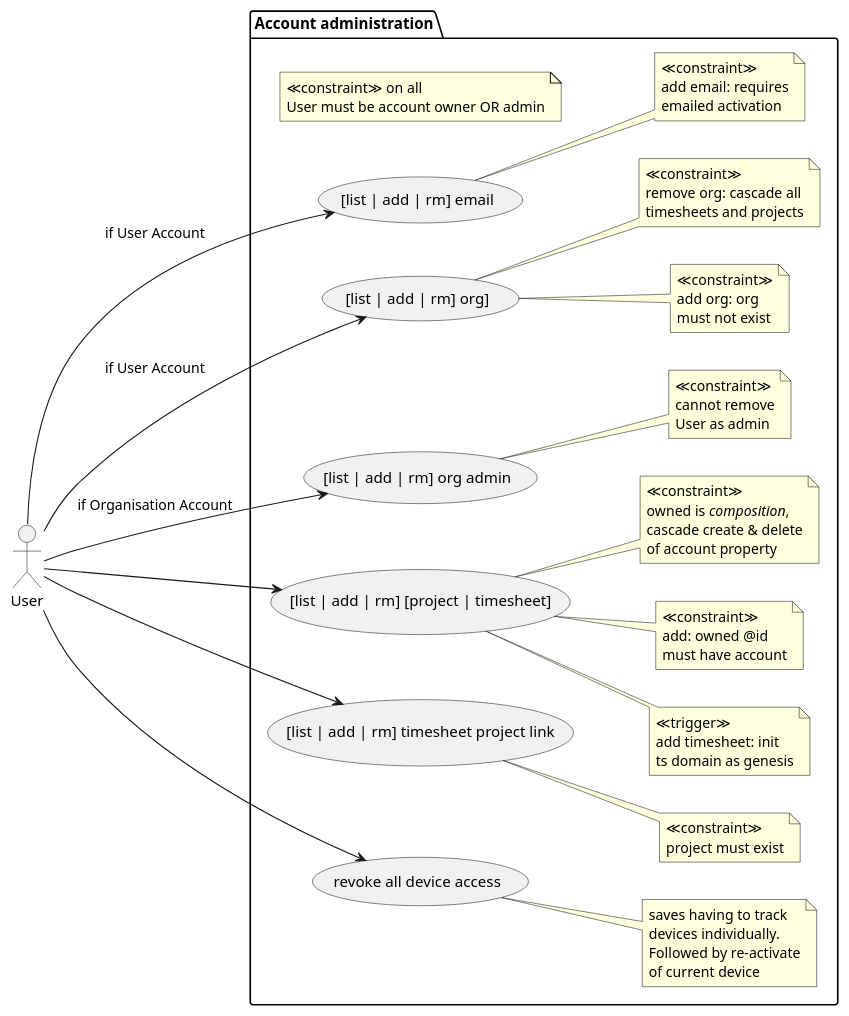
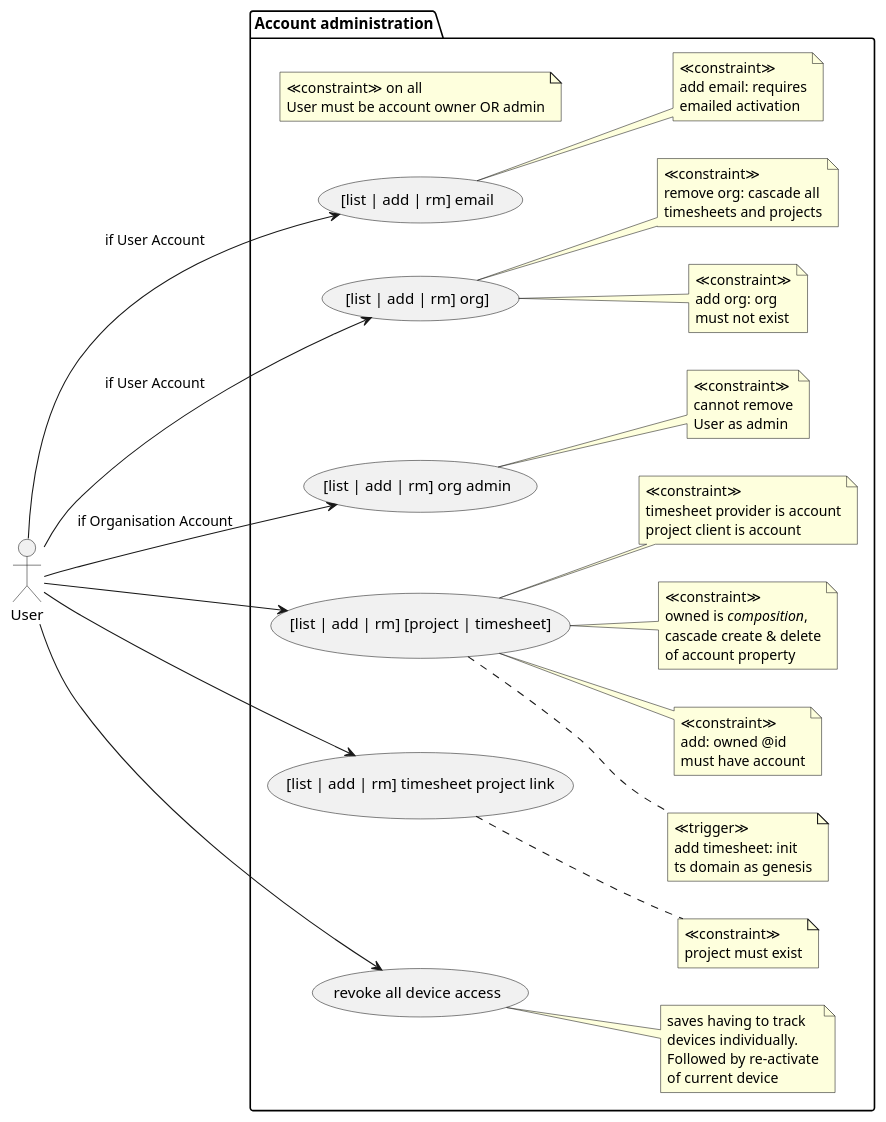
One commit to m-ld/timeld changed the diagram in architecture/use-case/administration.use-case.puml. Above: the diagram before and after it, drawn with PlantUML. The commit also changed 17 other files, not shown here.

```diff
--- a/architecture/use-case/administration.use-case.puml
+++ b/architecture/use-case/administration.use-case.puml
@@ -1,73 +1,78 @@
 @startuml
 'https://plantuml.com/use-case-diagram
 left to right direction
 
 actor User
 package "Account administration" {
   note "≪constraint≫ on all\nUser must be account owner OR admin" as appliesToAll
 
   usecase userAdminEmail as ([list | add | rm] email)
   User --> userAdminEmail: if User Account
   note right of userAdminEmail
     ' TODO
     ≪constraint≫
     add email: requires
     emailed activation
   end note
 
   usecase userAdminOrg as ([list | add | rm] org])
   User --> userAdminOrg: if User Account
   note right of userAdminOrg
     ≪constraint≫
     add org: org
     must not exist
   end note
   note right of userAdminOrg
     ≪constraint≫
     remove org: cascade all
     timesheets and projects
   end note
   usecase orgAdmin as ([list | add | rm] org admin)
   User --> orgAdmin: if Organisation Account
   note right of orgAdmin
     ≪constraint≫
     cannot remove
     User as admin
   end note
 
   usecase ownedAdmin as ([list | add | rm] [project | timesheet])
   User --> ownedAdmin
   note right of ownedAdmin
     ≪trigger≫
     add timesheet: init
     ts domain as genesis
   end note
   note right of ownedAdmin
     ≪constraint≫
     add: owned @id
     must have account
   end note
   note right of ownedAdmin
     ≪constraint≫
     owned is //composition//,
     cascade create & delete
     of account property
   end note
+  note right of ownedAdmin
+    ≪constraint≫
+    timesheet provider is account
+    project client is account
+  end note
 
   User --> ([list | add | rm] timesheet project link)
   note right
     ≪constraint≫
     project must exist
   end note
 
   ' TODO
   User --> (revoke all device access)
   note right
     saves having to track
     devices individually.
     Followed by re-activate
     of current device
   end note
 }
 
 @enduml
```
